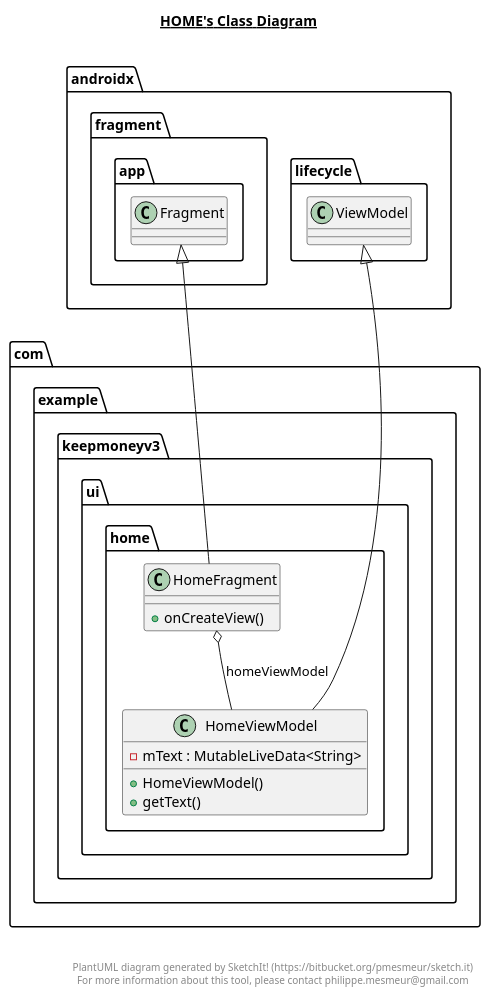
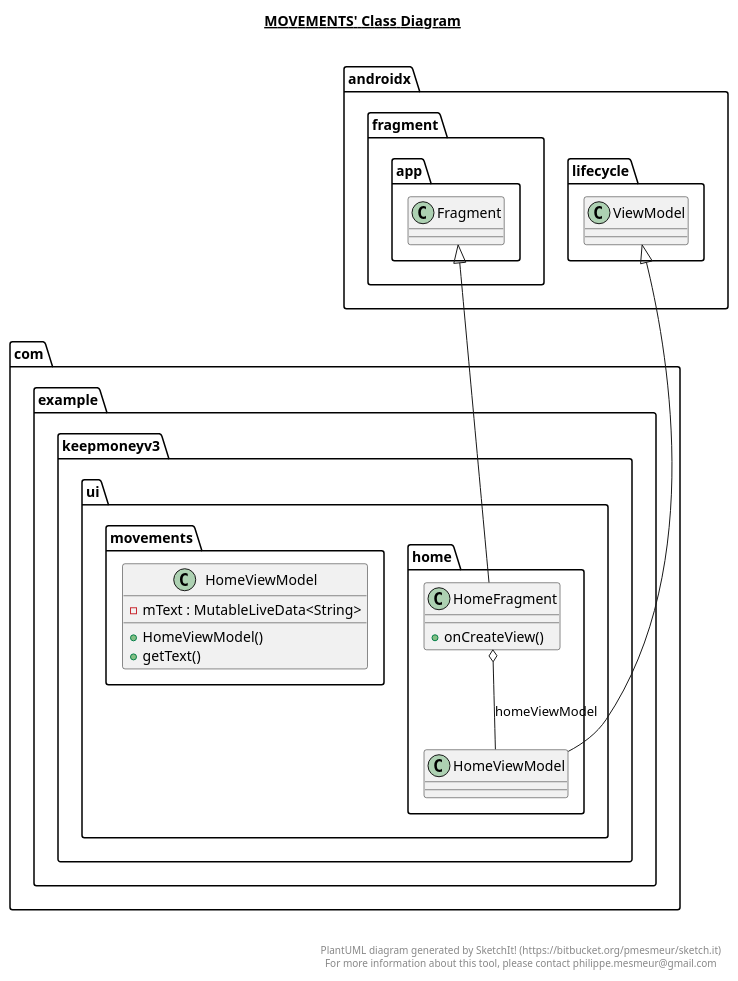
The diagram in app/src/main/java/com/example/keepmoneyv3/ui/movements/home.plantuml (GiacomoDetomaso/KeepMoneyV3), drawn with PlantUML before and after one commit. The commit also changed 46 other files, not shown here.

```diff
--- a/app/src/main/java/com/example/keepmoneyv3/ui/movements/home.plantuml
+++ b/app/src/main/java/com/example/keepmoneyv3/ui/movements/home.plantuml
@@ -1,37 +1,37 @@
 @startuml
 
-title __HOME's Class Diagram__\n
+title __MOVEMENTS' Class Diagram__\n
 
   namespace com.example.keepmoneyv3 {
     namespace ui.home {
       class com.example.keepmoneyv3.ui.home.HomeFragment {
           + onCreateView()
       }
     }
   }
   
 
   namespace com.example.keepmoneyv3 {
     namespace ui.home {
-      class com.example.keepmoneyv3.ui.home.HomeViewModel {
+      class com.example.keepmoneyv3.ui.movements.HomeViewModel {
           - mText : MutableLiveData<String>
           + HomeViewModel()
           + getText()
       }
     }
   }
   
 
   com.example.keepmoneyv3.ui.home.HomeFragment -up-|> androidx.fragment.app.Fragment
   com.example.keepmoneyv3.ui.home.HomeFragment o-- com.example.keepmoneyv3.ui.home.HomeViewModel : homeViewModel
   com.example.keepmoneyv3.ui.home.HomeViewModel -up-|> androidx.lifecycle.ViewModel
 
 
 right footer
 
 
 PlantUML diagram generated by SketchIt! (https://bitbucket.org/pmesmeur/sketch.it)
 For more information about this tool, please contact philippe.mesmeur@gmail.com
 endfooter
 
 @enduml
```
